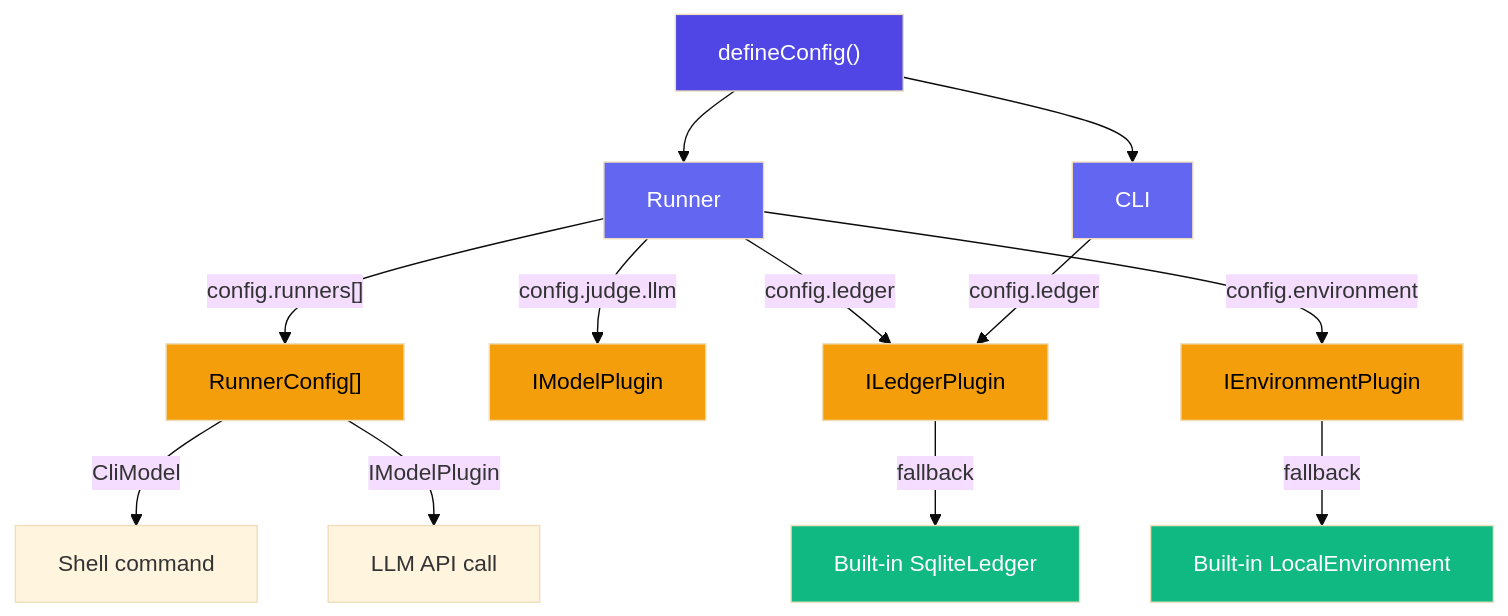
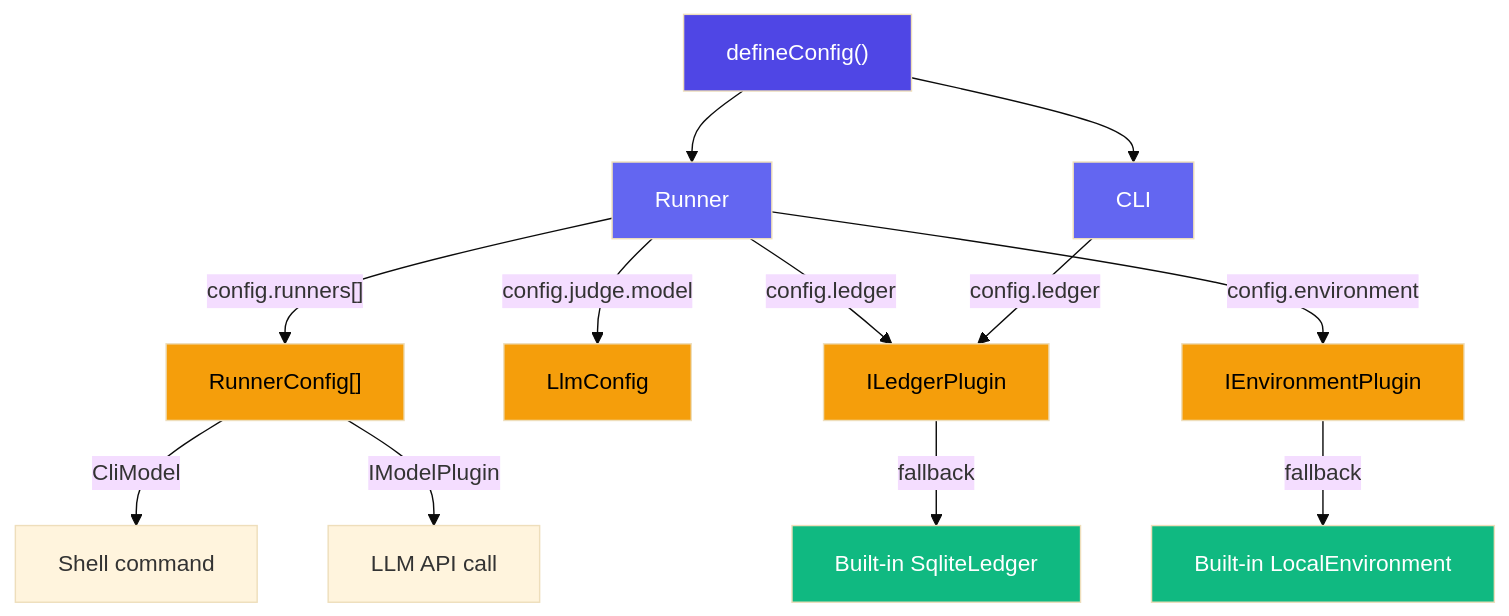
Before and after one commit to Tlahey/agent-eval: the third of 3 diagrams in apps/docs/guide/plugins.md, drawn with Mermaid (base theme). The commit also changed other lines of this file and 27 other files, not shown here.

````diff
--- a/apps/docs/guide/plugins.md
+++ b/apps/docs/guide/plugins.md
@@ -277,26 +277,26 @@
 ```mermaid
 flowchart TB
     CONFIG["defineConfig()"] --> RUNNER["Runner"]
     CONFIG --> CLI["CLI"]
 
     RUNNER -->|"config.runners[]"| RC["RunnerConfig[]"]
-    RUNNER -->|"config.judge.llm"| MP["IModelPlugin"]
+    RUNNER -->|"config.judge.model"| MP["LlmConfig"]
     RUNNER -->|"config.ledger"| LEDGER["ILedgerPlugin"]
     RUNNER -->|"config.environment"| ENV["IEnvironmentPlugin"]
     CLI -->|"config.ledger"| LEDGER
 
     RC -->|"CliModel"| CLIR["Shell command"]
     RC -->|"IModelPlugin"| APIR["LLM API call"]
     LEDGER -->|"fallback"| SQLITE["Built-in SqliteLedger"]
     ENV -->|"fallback"| LOCAL["Built-in LocalEnvironment"]
 
     style CONFIG fill:#4f46e5,color:#fff
     style RUNNER fill:#6366f1,color:#fff
     style CLI fill:#6366f1,color:#fff
     style RC fill:#f59e0b,color:#000
     style MP fill:#f59e0b,color:#000
     style LEDGER fill:#f59e0b,color:#000
     style ENV fill:#f59e0b,color:#000
     style SQLITE fill:#10b981,color:#fff
     style LOCAL fill:#10b981,color:#fff
 ```
````
